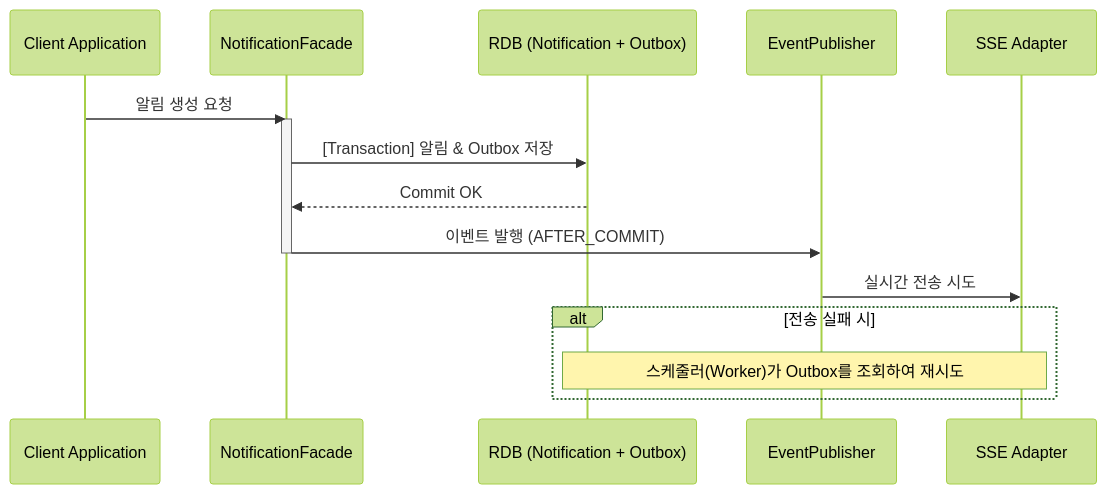
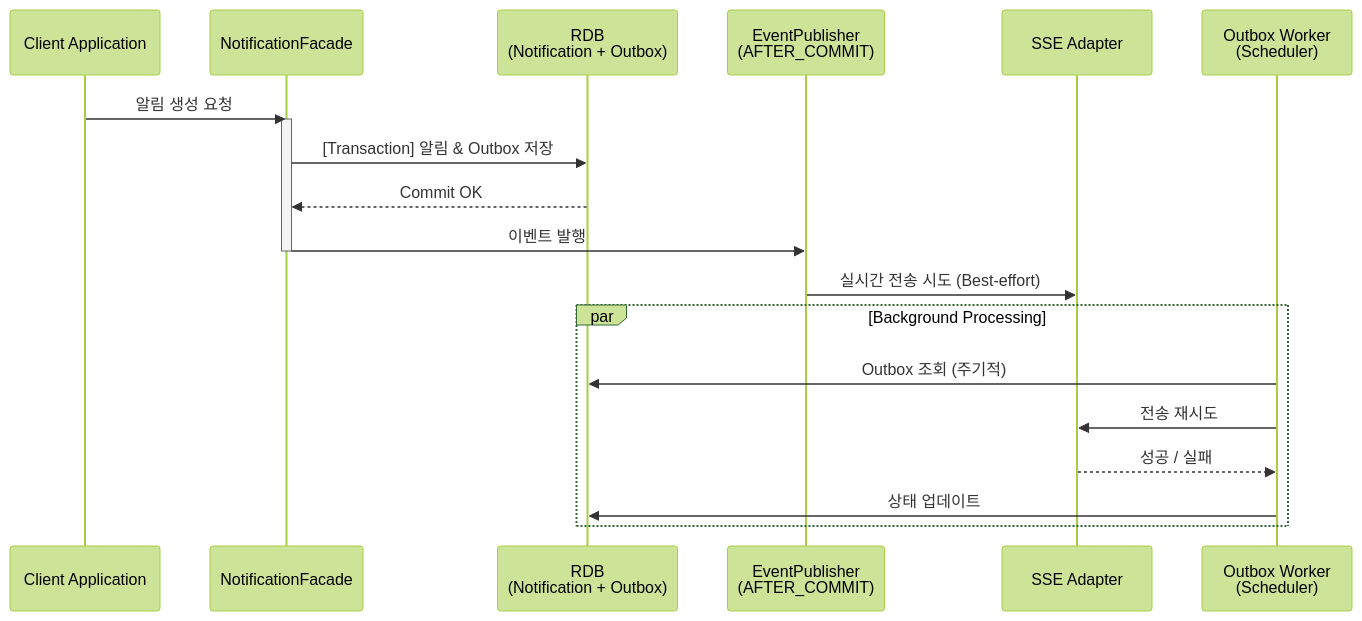
The diagram in README.md (gyowoo1113/notify-kit), drawn with Mermaid (forest theme) before and after one commit.

Commit message:
Readme : 구조에 맞게 다이어그램 변경

````diff
--- a/README.md
+++ b/README.md
@@ -27,20 +27,25 @@
 ```mermaid
 sequenceDiagram
     participant App as Client Application
     participant Facade as NotificationFacade
-    participant DB as RDB (Notification + Outbox)
-    participant Event as EventPublisher
+    participant DB as RDB<br/>(Notification + Outbox)
+    participant Event as EventPublisher<br/>(AFTER_COMMIT)
     participant SSE as SSE Adapter
+    participant Worker as Outbox Worker<br/>(Scheduler)
 
     App->>Facade: 알림 생성 요청
     activate Facade
     Facade->>DB: [Transaction] 알림 & Outbox 저장
     DB-->>Facade: Commit OK
-    Facade->>Event: 이벤트 발행 (AFTER_COMMIT)
+    Facade->>Event: 이벤트 발행
     deactivate Facade
-    
-    Event->>SSE: 실시간 전송 시도
-    alt 전송 실패 시
-        Note over SSE, DB: 스케줄러(Worker)가 Outbox를 조회하여 재시도
+
+    Event->>SSE: 실시간 전송 시도 (Best-effort)
+
+    par Background Processing
+        Worker->>DB: Outbox 조회 (주기적)
+        Worker->>SSE: 전송 재시도
+        SSE-->>Worker: 성공 / 실패
+        Worker->>DB: 상태 업데이트
     end
 ```
````
